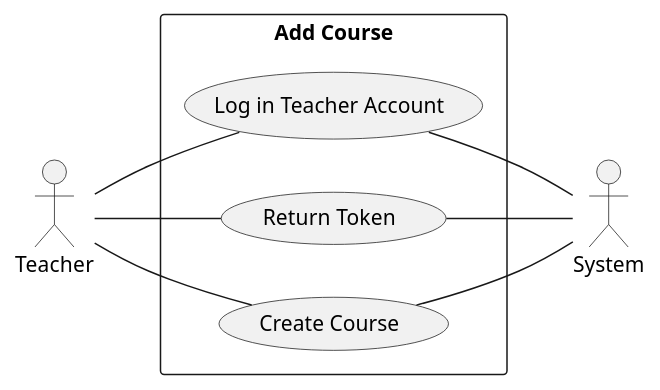
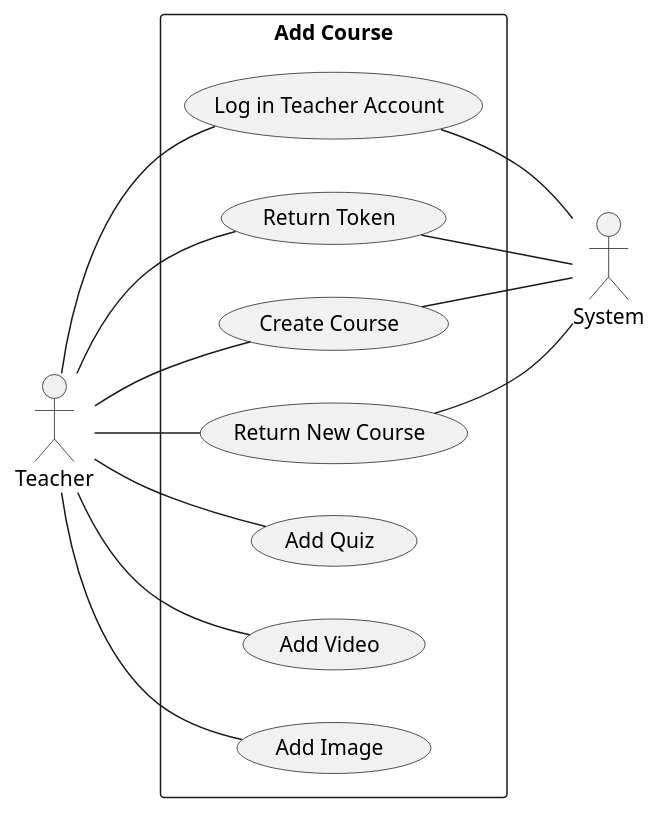
The diagram in diagrams/use_case_diagram/add_course.puml (KMITLSuicide/KMITL-ObjectOrientedProgramming-Project), drawn with PlantUML before and after one commit. The commit also changed 1 other file, not shown here.

Commit message:
fix: usecase2

```diff
--- a/diagrams/use_case_diagram/add_course.puml
+++ b/diagrams/use_case_diagram/add_course.puml
@@ -1,19 +1,28 @@
 @startuml search
 left to right direction
 actor Teacher as teacher
 actor System as system
 rectangle "Add Course" {
 
   usecase "Log in Teacher Account" as UC2
   usecase "Return Token" as UC3
   usecase "Create Course" as UC4
+  usecase "Return New Course" as UC8
+  usecase "Add Quiz" as UC5
+  usecase "Add Video" as UC6
+  usecase "Add Image" as UC7
 
  }
  teacher -- UC2
  UC2 -- system
  UC3 -- system
  teacher -- UC3
  teacher -- UC4
  UC4 -- system
+ teacher -- UC8
+ UC8 -- system
+ teacher -- UC5
+ teacher -- UC6
+ teacher -- UC7
 
 @enduml
```
